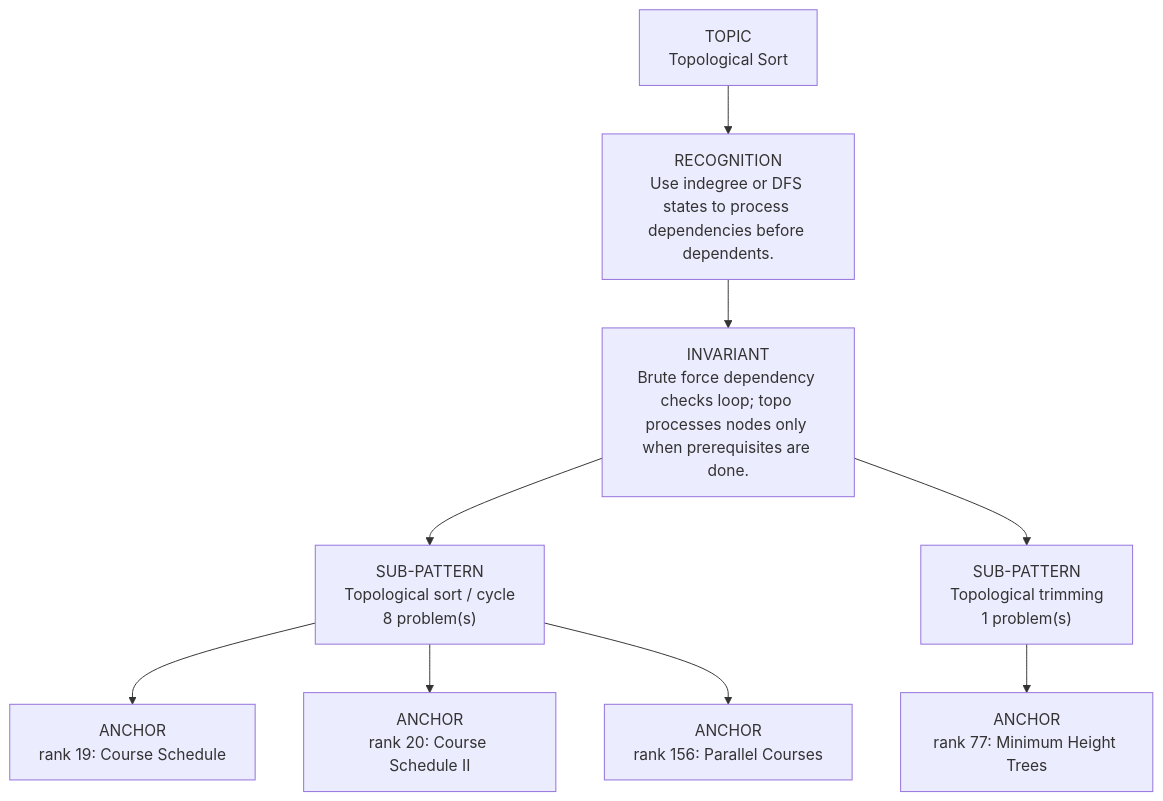
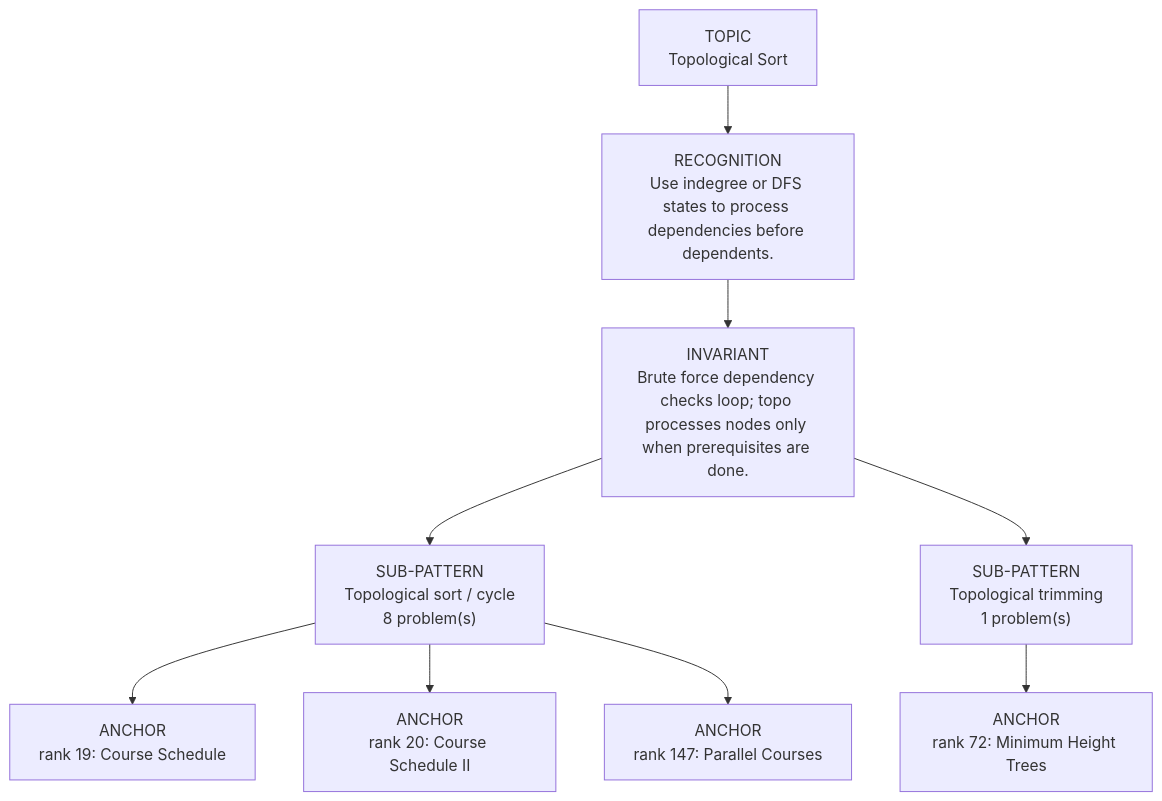
One commit to thechiranjeevjain/DSA10days changed the diagram in dsa-review/interview/patterns/10_topological_sort.md. Above: the diagram before and after it, drawn with Mermaid. The commit also changed other lines of this file and 61 other files, not shown here.

````diff
--- a/dsa-review/interview/patterns/10_topological_sort.md
+++ b/dsa-review/interview/patterns/10_topological_sort.md
@@ -15,13 +15,13 @@
 ```mermaid
 flowchart TD
   Topic["TOPIC<br/>Topological Sort"]
   Recognition["RECOGNITION<br/>Use indegree or DFS states to process dependencies before dependents."]
   Invariant["INVARIANT<br/>Brute force dependency checks loop; topo processes nodes only when prerequisites are done."]
   Topic --> Recognition --> Invariant
   Invariant --> Sub01["SUB-PATTERN<br/>Topological sort / cycle<br/>8 problem(s)"]
   Sub01 --> Sub01A01["ANCHOR<br/>rank 19: Course Schedule"]
   Sub01 --> Sub01A02["ANCHOR<br/>rank 20: Course Schedule II"]
-  Sub01 --> Sub01A03["ANCHOR<br/>rank 156: Parallel Courses"]
+  Sub01 --> Sub01A03["ANCHOR<br/>rank 147: Parallel Courses"]
   Invariant --> Sub02["SUB-PATTERN<br/>Topological trimming<br/>1 problem(s)"]
-  Sub02 --> Sub02A01["ANCHOR<br/>rank 77: Minimum Height Trees"]
+  Sub02 --> Sub02A01["ANCHOR<br/>rank 72: Minimum Height Trees"]
 ```
````
